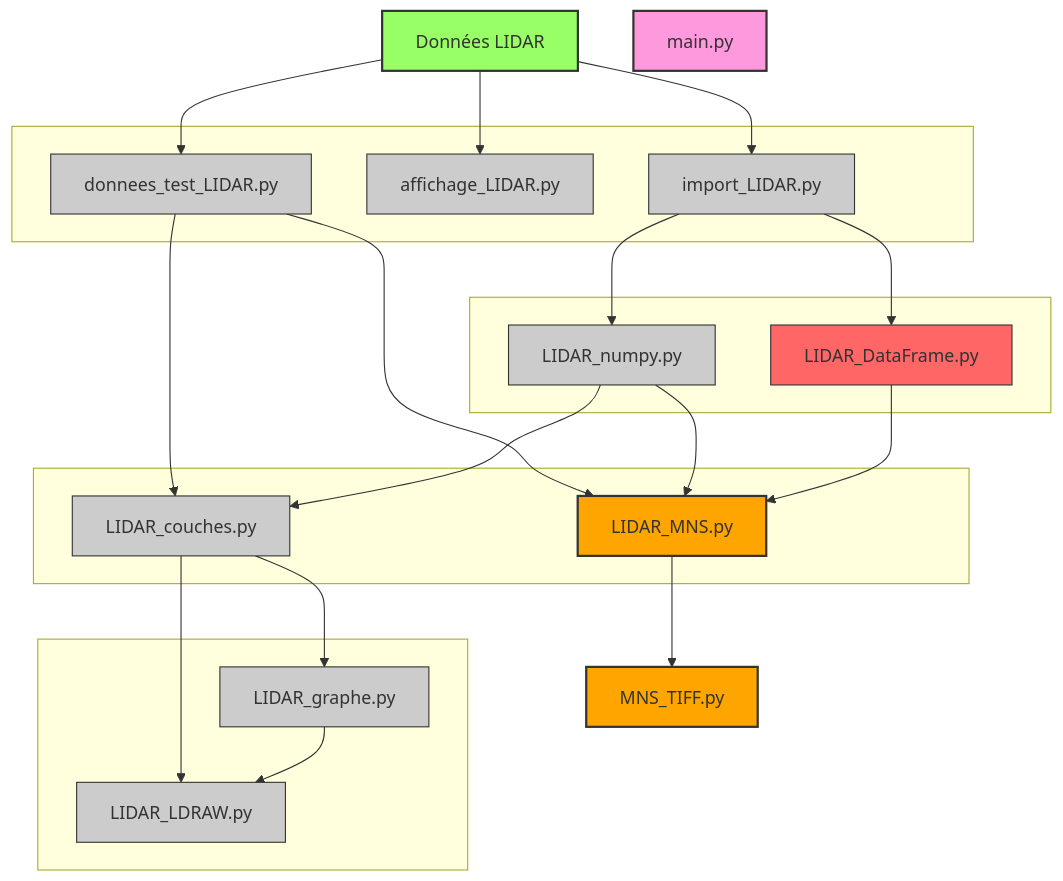
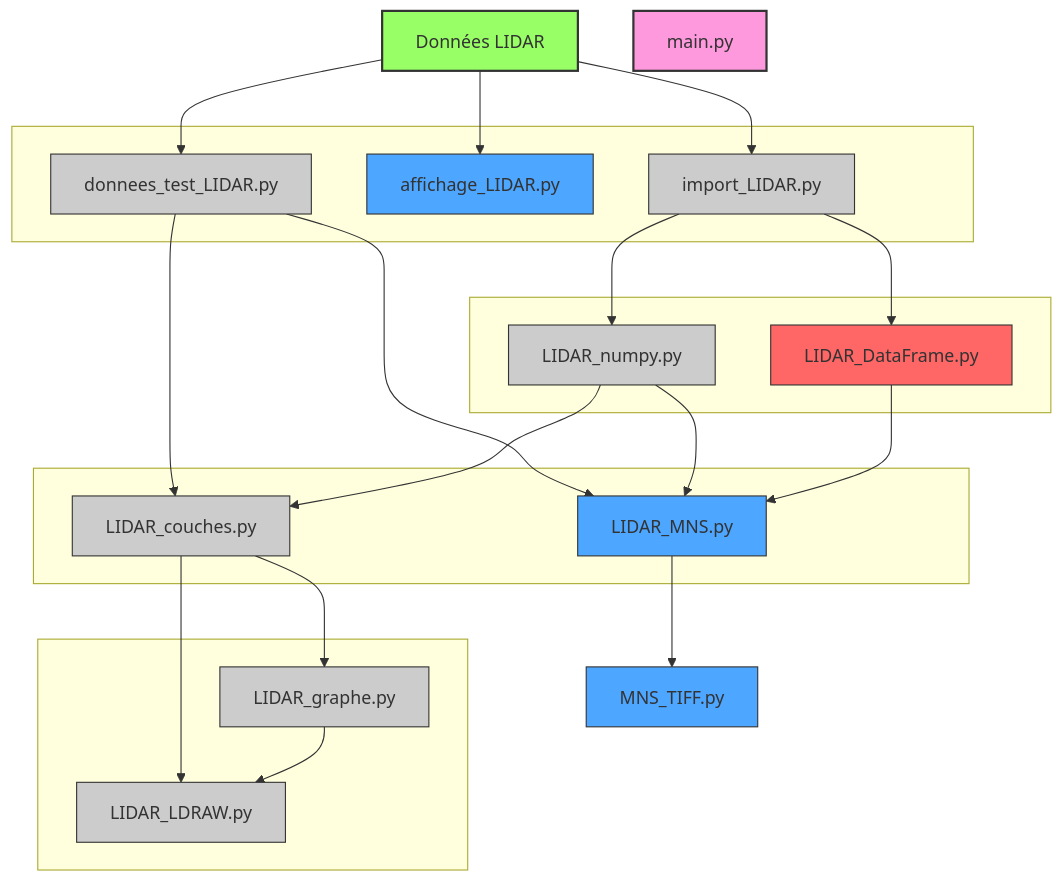
One commit to DanQue69/LEGO_Master changed the diagram in Workflow.md. Above: the diagram before and after it, drawn with Mermaid.

````diff
--- a/Workflow.md
+++ b/Workflow.md
@@ -1,61 +1,61 @@
 ```mermaid 
 graph TD;
 
 A[Données LIDAR]
 
 subgraph L1[" "]
     B[donnees_test_LIDAR.py]
     C[affichage_LIDAR.py]
     D[import_LIDAR.py]
 end
 
 subgraph L2[" "]
     E[LIDAR_numpy.py]
     F[LIDAR_DataFrame.py]
 end
 
 subgraph L3[" "]
     G[LIDAR_MNS.py]
     I[LIDAR_couches.py]
 end
 
 subgraph L4[" "]
     J[LIDAR_LDRAW.py]
     K[LIDAR_graphe.py]
 end
 
 H[MNS_TIFF.py]
 M[main.py]
 
 A --> B
 A --> C
 A --> D
 D --> E
 D --> F
 B --> G
 E --> G
 F --> G
 B --> I
 E --> I
 I --> J
 I --> K
 K --> J
 G --> H
 
 
     %% Styles des couleurs
     style A fill:#9f6,stroke:#333,stroke-width:2px
     style B fill:#ccc,stroke:#333,stroke-width:1px
-    style C fill:#ccc,stroke:#333,stroke-width:1px
+    style C fill:#4da6ff,stroke:#333,stroke-width:1px
     style D fill:#ccc,stroke:#333,stroke-width:1px
     style E fill:#ccc,stroke:#333,stroke-width:1px
     style F fill:#f66,stroke:#333,stroke-width:1px
-    style G fill:#ffa500,stroke:#333,stroke-width:2px
-    style H fill:#ffa500,stroke:#333,stroke-width:2px
+    style G fill:#4da6ff,stroke:#333,stroke-width:1px
+    style H fill:#4da6ff,stroke:#333,stroke-width:1px
     style I fill:#ccc,stroke:#333,stroke-width:1px
     style J fill:#ccc,stroke:#333,stroke-width:1px
     style K fill:#ccc,stroke:#333,stroke-width:1px
     style M fill:#f9d,stroke:#333,stroke-width:2px
 
     
 ```
````
